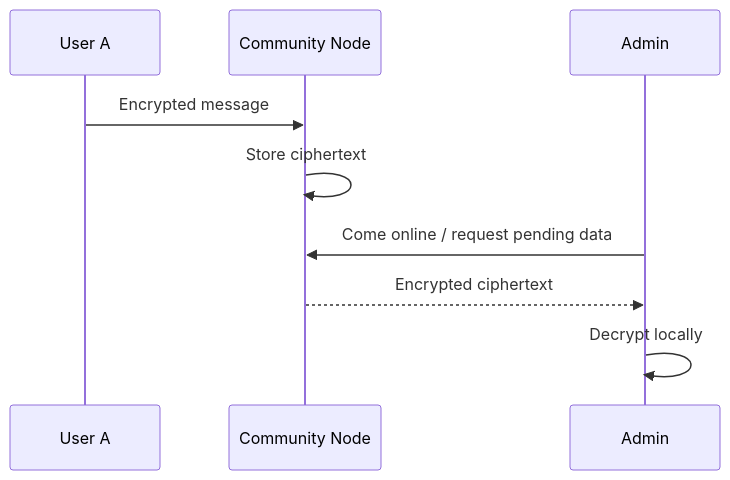
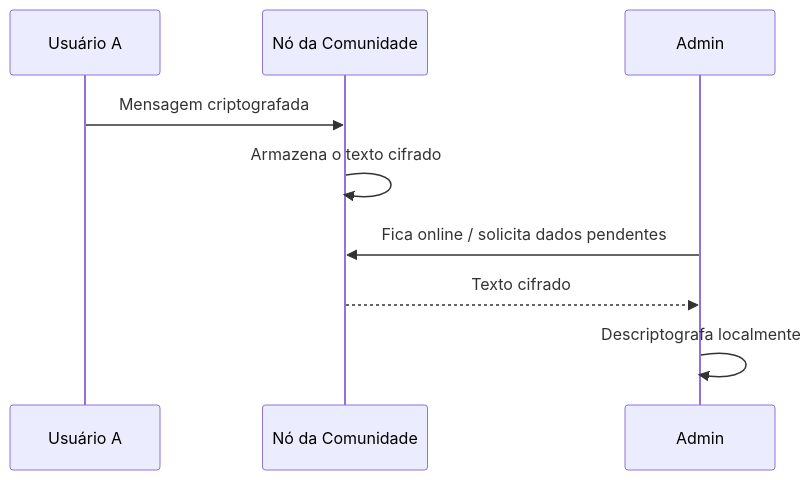
One commit to hugobessa/vamo-virar changed diagram 13 of 21 in docs/architecture.md. Above: the diagram before and after it, drawn with Mermaid. The commit also changed other lines of this file and 30 other files, not shown here.

````diff
--- a/docs/architecture.md
+++ b/docs/architecture.md
@@ -446,11 +446,11 @@
 ```mermaid
 sequenceDiagram
-    participant U as User A
-    participant N as Community Node
+    participant U as Usuário A
+    participant N as Nó da Comunidade
     participant A as Admin
-    U->>N: Encrypted message
-    N->>N: Store ciphertext
-    A->>N: Come online / request pending data
-    N-->>A: Encrypted ciphertext
-    A->>A: Decrypt locally
+    U->>N: Mensagem criptografada
+    N->>N: Armazena o texto cifrado
+    A->>N: Fica online / solicita dados pendentes
+    N-->>A: Texto cifrado
+    A->>A: Descriptografa localmente
 ```
````
